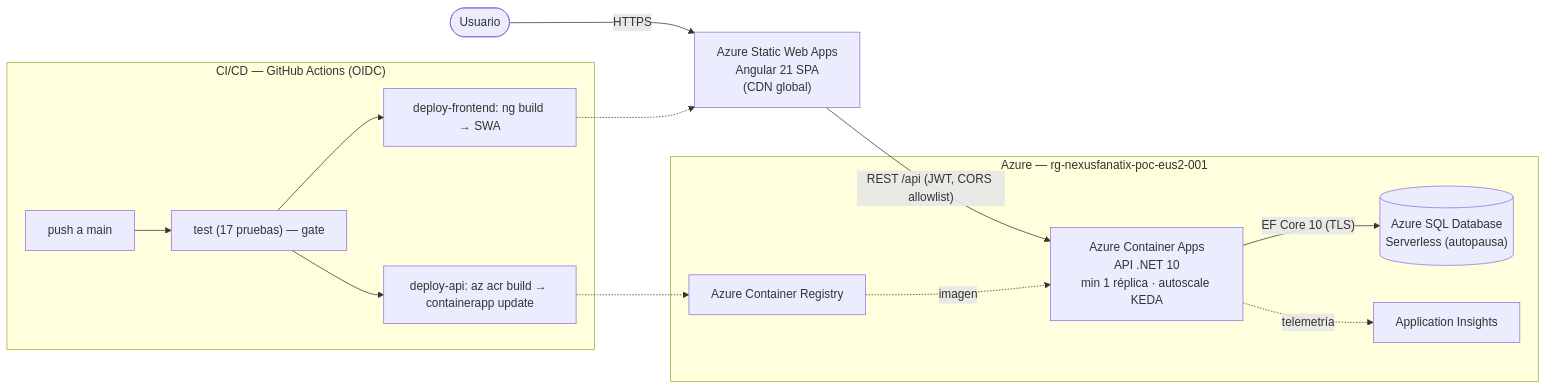
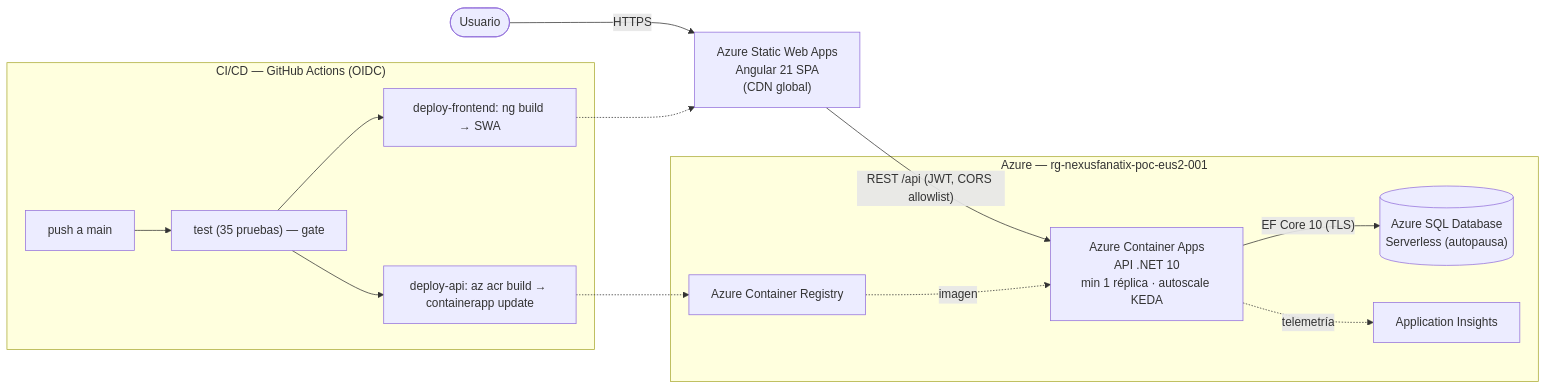
Before and after one commit to sanvarp/PollaMundialista: the first of 2 diagrams in docs/architecture.md, drawn with Mermaid. The commit also changed other lines of this file, not shown here.

First line of the commit message:
docs(architecture): correct test count (35) and link the image diagrams

````diff
--- a/docs/architecture.md
+++ b/docs/architecture.md
@@ -5,23 +10,23 @@
 ```mermaid
 flowchart LR
     user([Usuario]) -->|HTTPS| swa["Azure Static Web Apps\nAngular 21 SPA\n(CDN global)"]
     swa -->|"REST /api (JWT, CORS allowlist)"| api
 
     subgraph azure["Azure — rg-nexusfanatix-poc-eus2-001"]
       api["Azure Container Apps\nAPI .NET 10\nmin 1 réplica · autoscale KEDA"]
       sql[("Azure SQL Database\nServerless (autopausa)")]
       appi["Application Insights"]
       acr["Azure Container Registry"]
       api -->|"EF Core 10 (TLS)"| sql
       api -.->|telemetría| appi
       acr -.->|imagen| api
     end
 
     subgraph cicd["CI/CD — GitHub Actions (OIDC)"]
-      gh["push a main"] --> test["test (17 pruebas) — gate"]
+      gh["push a main"] --> test["test (35 pruebas) — gate"]
       test --> dapi["deploy-api: az acr build → containerapp update"]
       test --> dswa["deploy-frontend: ng build → SWA"]
     end
     dapi -.-> acr
     dswa -.-> swa
 ```
````
